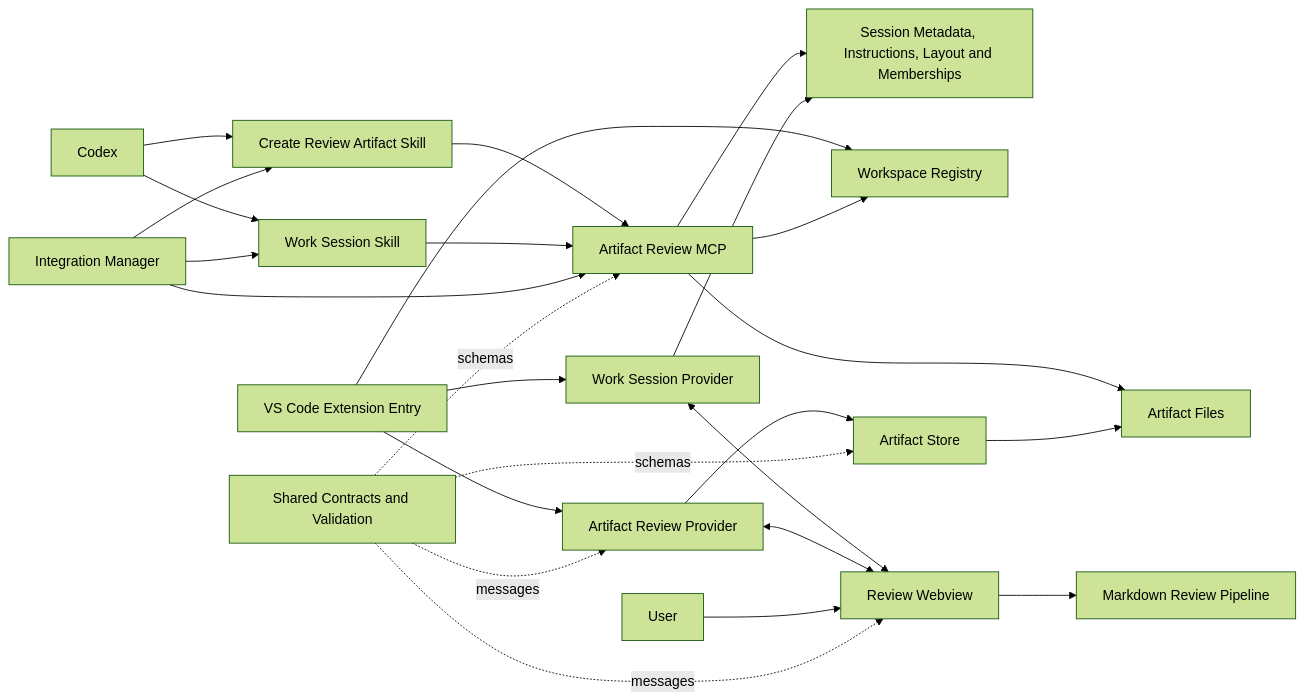
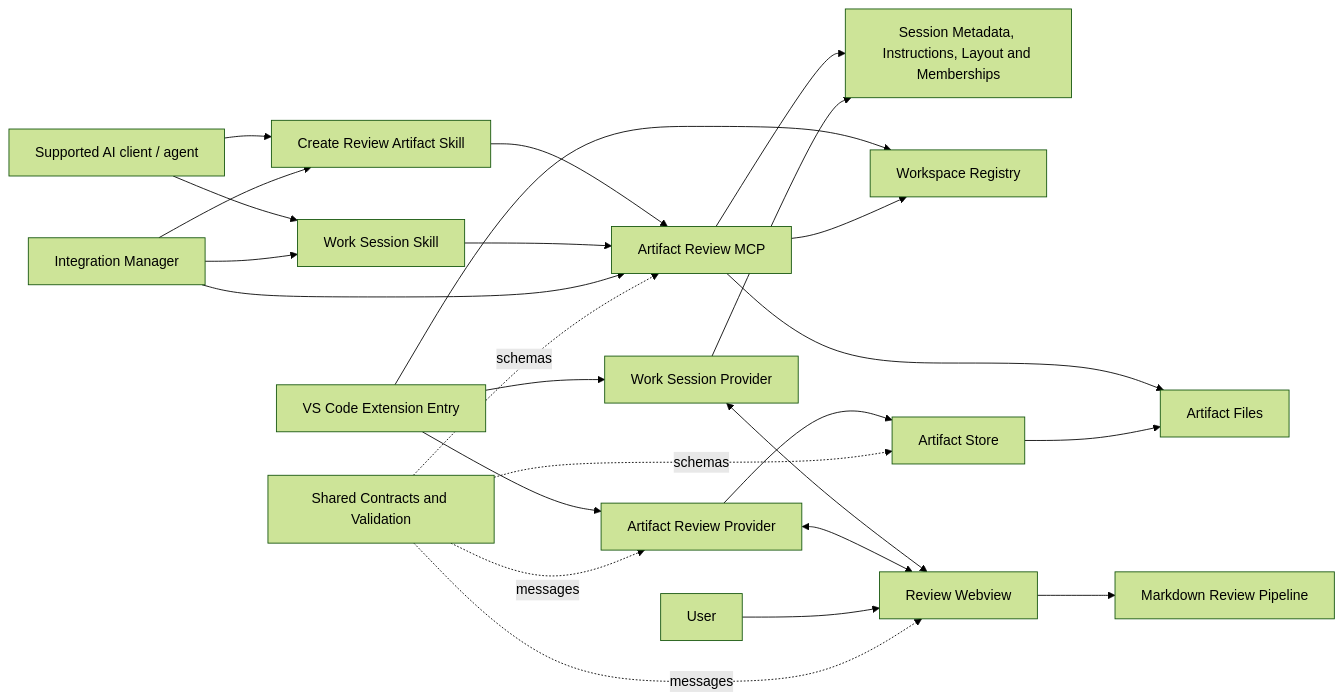
The diagram in docs/COMPONENTS.md (huynguyen294/ai-artifacts), drawn with Mermaid (forest theme) before and after one commit. The commit also changed other lines of this file and 83 other files, not shown here.

````diff
--- a/docs/COMPONENTS.md
+++ b/docs/COMPONENTS.md
@@ -13,45 +21,45 @@
 ```mermaid
 flowchart LR
     User[User]
-    Codex[Codex]
+    Agent[Supported AI client / agent]
     Skill[Create Review Artifact Skill]
     SessionSkill[Work Session Skill]
     SessionProvider[Work Session Provider]
     SessionFiles[Session Metadata, Instructions, Layout and Memberships]
     MCP[Artifact Review MCP]
     Registry[Workspace Registry]
     Files[Artifact Files]
     Extension[VS Code Extension Entry]
     Provider[Artifact Review Provider]
     Store[Artifact Store]
     Webview[Review Webview]
     Markdown[Markdown Review Pipeline]
     Installer[Integration Manager]
     Shared[Shared Contracts and Validation]
 
-    Codex --> Skill
+    Agent --> Skill
     Skill --> MCP
-    Codex --> SessionSkill
+    Agent --> SessionSkill
     SessionSkill --> MCP
     MCP --> SessionFiles
     Extension --> SessionProvider
     SessionProvider <--> Webview
     SessionProvider --> SessionFiles
     Extension --> Registry
     MCP --> Registry
     MCP --> Files
     Extension --> Provider
     Provider --> Store
     Store --> Files
     Provider <--> Webview
     Webview --> Markdown
     User --> Webview
     Installer --> Skill
     Installer --> SessionSkill
     Installer --> MCP
 
     Shared -. schemas .-> MCP
     Shared -. schemas .-> Store
     Shared -. messages .-> Provider
     Shared -. messages .-> Webview
 ```
````
